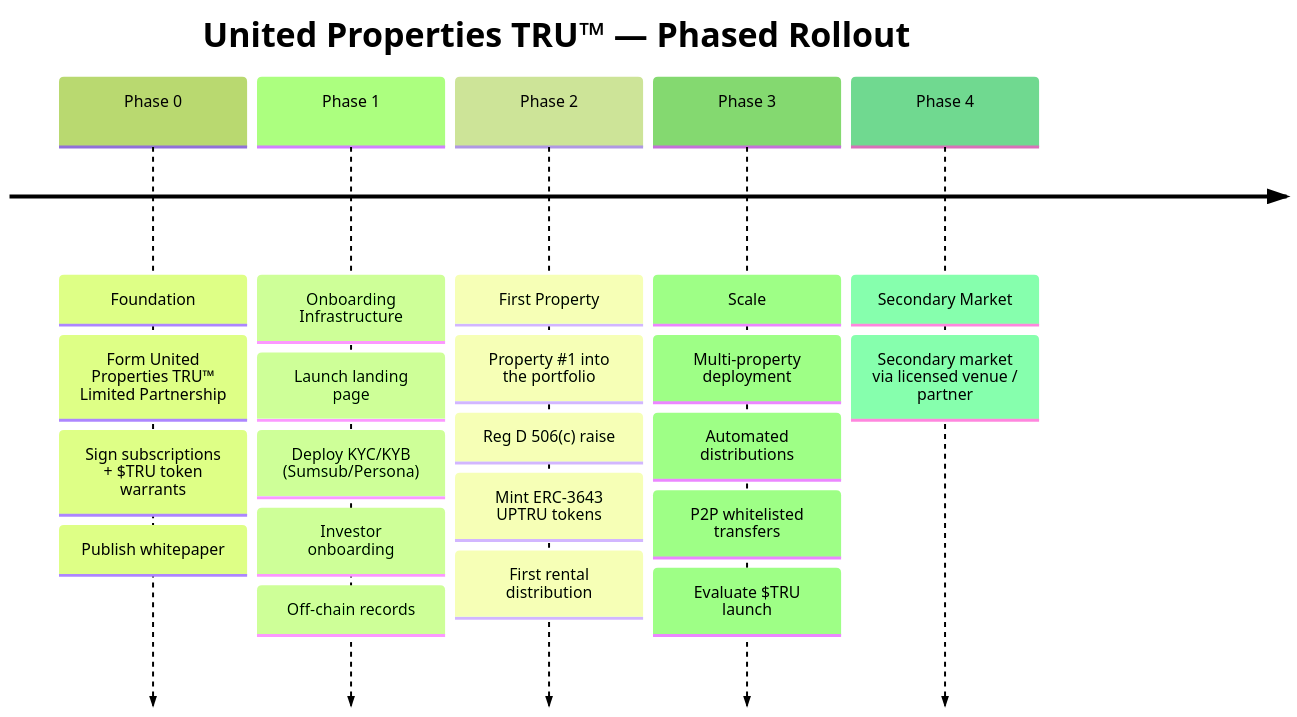
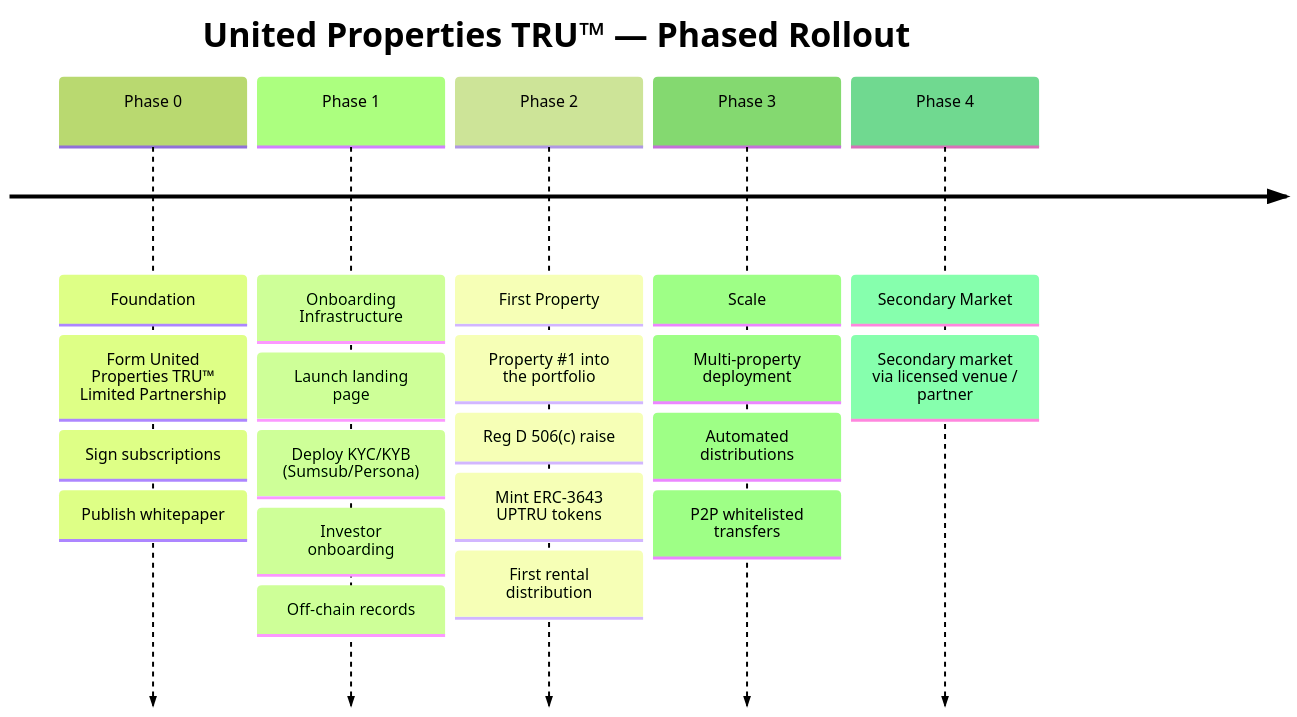
Before and after one commit to Gur-noor/Property-United: the diagram in docs/roadmap.md, drawn with Mermaid (forest theme). The commit also changed other lines of this file and 15 other files, not shown here.

First line of the commit message:
Whitepaper: single-token model — remove $TRU utility token entirely

````diff
--- a/docs/roadmap.md
+++ b/docs/roadmap.md
@@ -14,25 +14,24 @@
 ```mermaid
 timeline
     title United Properties TRU™ — Phased Rollout
     Phase 0 : Foundation
             : Form United Properties TRU™ Limited Partnership
-            : Sign subscriptions + $TRU token warrants
+            : Sign subscriptions
             : Publish whitepaper
     Phase 1 : Onboarding Infrastructure
             : Launch landing page
             : Deploy KYC/KYB (Sumsub/Persona)
             : Investor onboarding
             : Off-chain records
     Phase 2 : First Property
             : Property #1 into the portfolio
             : Reg D 506(c) raise
             : Mint ERC-3643 UPTRU tokens
             : First rental distribution
     Phase 3 : Scale
             : Multi-property deployment
             : Automated distributions
             : P2P whitelisted transfers
-            : Evaluate $TRU launch
     Phase 4 : Secondary Market
             : Secondary market via licensed venue / partner
 ```
````
